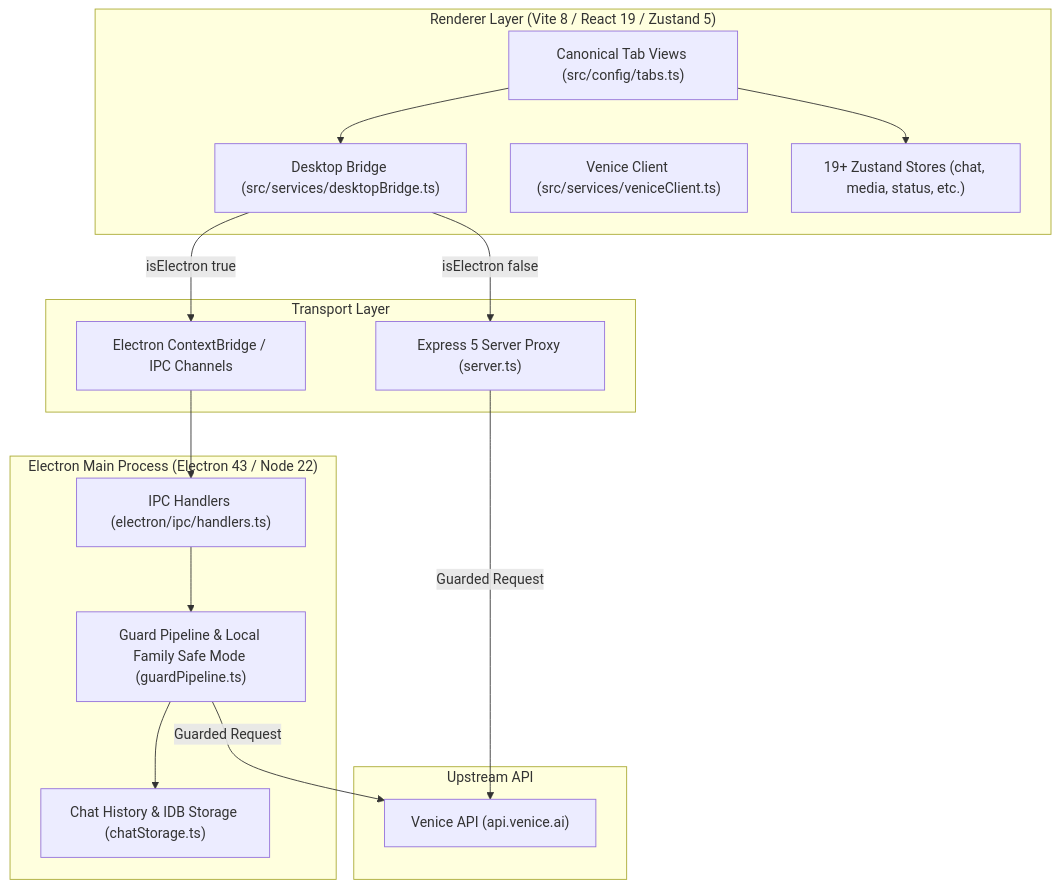
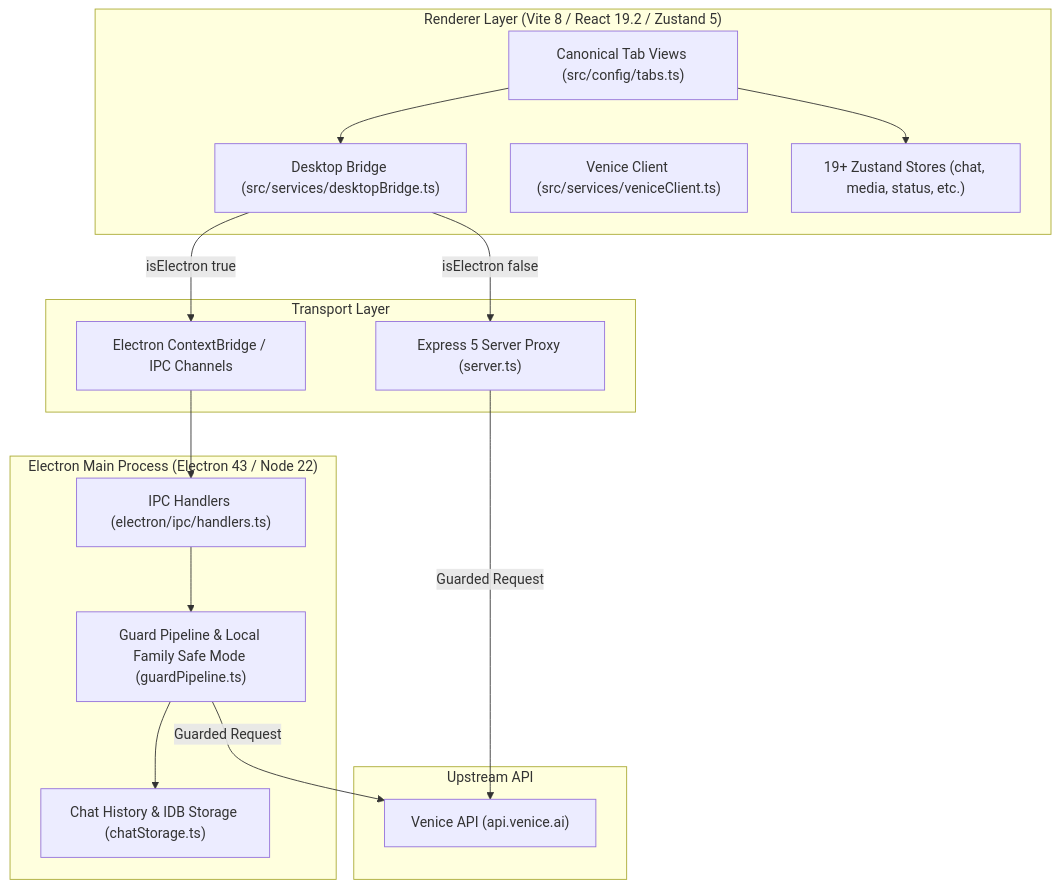
Before and after one commit to spearchucker667/Venice_Forge: the diagram in AGENT_REINITIALIZATION.md, drawn with Mermaid. The commit also changed other lines of this file and 19 other files, not shown here.

````diff
--- a/AGENT_REINITIALIZATION.md
+++ b/AGENT_REINITIALIZATION.md
@@ -22,34 +22,34 @@
 ```mermaid
 flowchart TD
-  subgraph Renderer ["Renderer Layer (Vite 8 / React 19 / Zustand 5)"]
+  subgraph Renderer ["Renderer Layer (Vite 8 / React 19.2 / Zustand 5)"]
     UI["Canonical Tab Views (src/config/tabs.ts)"]
     Bridge["Desktop Bridge (src/services/desktopBridge.ts)"]
     VClient["Venice Client (src/services/veniceClient.ts)"]
     Stores["19+ Zustand Stores (chat, media, status, etc.)"]
   end
 
   subgraph Transports ["Transport Layer"]
     IPC["Electron ContextBridge / IPC Channels"]
     WebProxy["Express 5 Server Proxy (server.ts)"]
   end
 
   subgraph MainProcess ["Electron Main Process (Electron 43 / Node 22)"]
     Handlers["IPC Handlers (electron/ipc/handlers.ts)"]
     Guard["Guard Pipeline & Local Family Safe Mode (guardPipeline.ts)"]
     Storage["Chat History & IDB Storage (chatStorage.ts)"]
   end
 
   subgraph External ["Upstream API"]
     VeniceAPI["Venice API (api.venice.ai)"]
   end
 
   UI --> Stores
   UI --> Bridge
   Bridge -->|isElectron true| IPC
   Bridge -->|isElectron false| WebProxy
   WebProxy -->|Guarded Request| VeniceAPI
   IPC --> Handlers
   Handlers --> Guard
   Guard --> Storage
   Guard -->|Guarded Request| VeniceAPI
 ```
````
